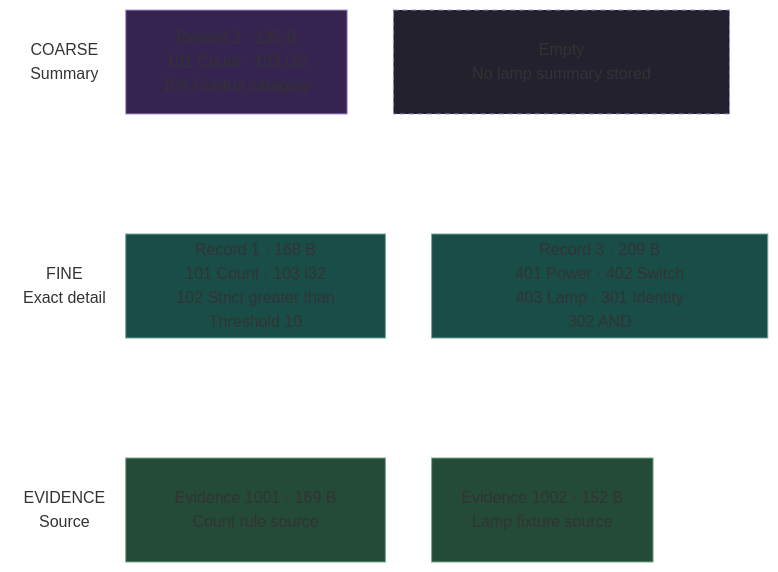
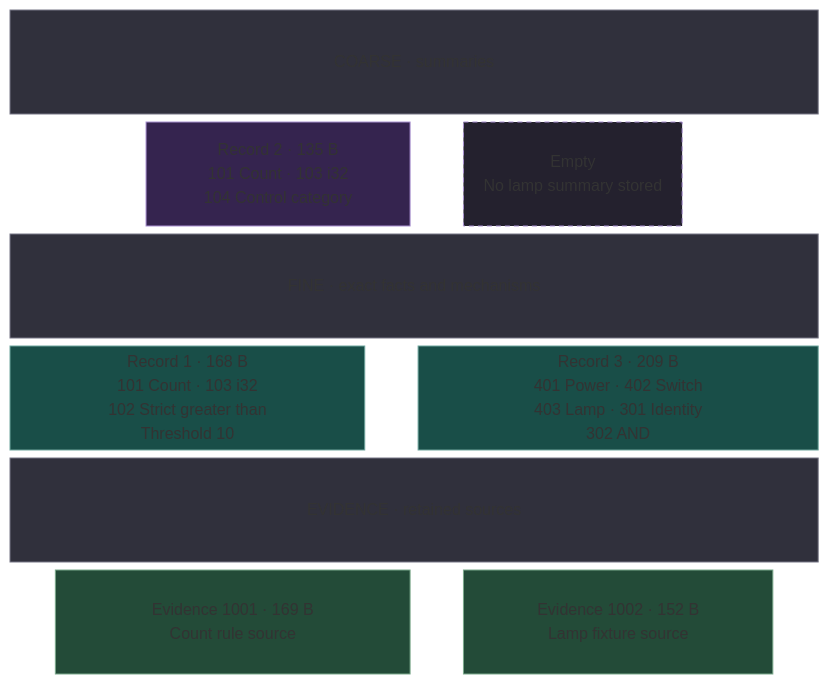
One commit to Kian-hdr/lore-demo changed the eighth of 9 diagrams in README.md. Above: the diagram before and after it, drawn with Mermaid (forest theme). The commit also changed 1 other file, not shown here.

Commit message:
Use centered bands between the memory layers

````diff
--- a/README.md
+++ b/README.md
@@ -227,20 +227,19 @@
 ```mermaid
 block-beta
-    columns 20
-    coarse["COARSE<br/>Summary"]:3 summary["Record 2 · 135 B<br/>101 Count · 103 i32<br/>104 Control category"]:6 space:1 empty["Empty<br/>No lamp summary stored"]:9 space:1
-    gap1[" "]:20
-    fine["FINE<br/>Exact detail"]:3 count["Record 1 · 168 B<br/>101 Count · 103 i32<br/>102 Strict greater than<br/>Threshold 10"]:7 space:1 lamp["Record 3 · 209 B<br/>401 Power · 402 Switch<br/>403 Lamp · 301 Identity<br/>302 AND"]:9
-    gap2[" "]:20
-    evidence["EVIDENCE<br/>Source"]:3 countsource["Evidence 1001 · 169 B<br/>Count rule source"]:7 space:1 lampsource["Evidence 1002 · 152 B<br/>Lamp fixture source"]:6 space:3
-    style coarse fill:none,stroke:none,font-weight:bold;
-    style fine fill:none,stroke:none,font-weight:bold;
-    style evidence fill:none,stroke:none,font-weight:bold;
+    columns 18
+    coarse["COARSE · summaries"]:18
+    space:3 summary["Record 2 · 135 B<br/>101 Count · 103 i32<br/>104 Control category"]:6 space:1 empty["Empty<br/>No lamp summary stored"]:5 space:3
+    fine["FINE · exact facts and mechanisms"]:18
+    count["Record 1 · 168 B<br/>101 Count · 103 i32<br/>102 Strict greater than<br/>Threshold 10"]:8 space:1 lamp["Record 3 · 209 B<br/>401 Power · 402 Switch<br/>403 Lamp · 301 Identity<br/>302 AND"]:9
+    evidence["EVIDENCE · retained sources"]:18
+    space:1 countsource["Evidence 1001 · 169 B<br/>Count rule source"]:8 space:1 lampsource["Evidence 1002 · 152 B<br/>Lamp fixture source"]:7 space:1
+    style coarse fill:#30303c,stroke:#777786,color:#ffffff,font-size:20px;
+    style fine fill:#30303c,stroke:#777786,color:#ffffff,font-size:20px;
+    style evidence fill:#30303c,stroke:#777786,color:#ffffff,font-size:20px;
     style summary fill:#35244f,stroke:#aa91d2,color:#ffffff;
     style empty fill:#24212e,stroke:#aa91d2,color:#e3d8f2,stroke-dasharray:5 4;
     style count fill:#194e48,stroke:#6ea59d,color:#ffffff;
     style lamp fill:#194e48,stroke:#6ea59d,color:#ffffff;
     style countsource fill:#234b38,stroke:#7ba98c,color:#ffffff;
     style lampsource fill:#234b38,stroke:#7ba98c,color:#ffffff;
-    style gap1 fill:none,stroke:none,opacity:0;
-    style gap2 fill:none,stroke:none,opacity:0;
 ```
````
